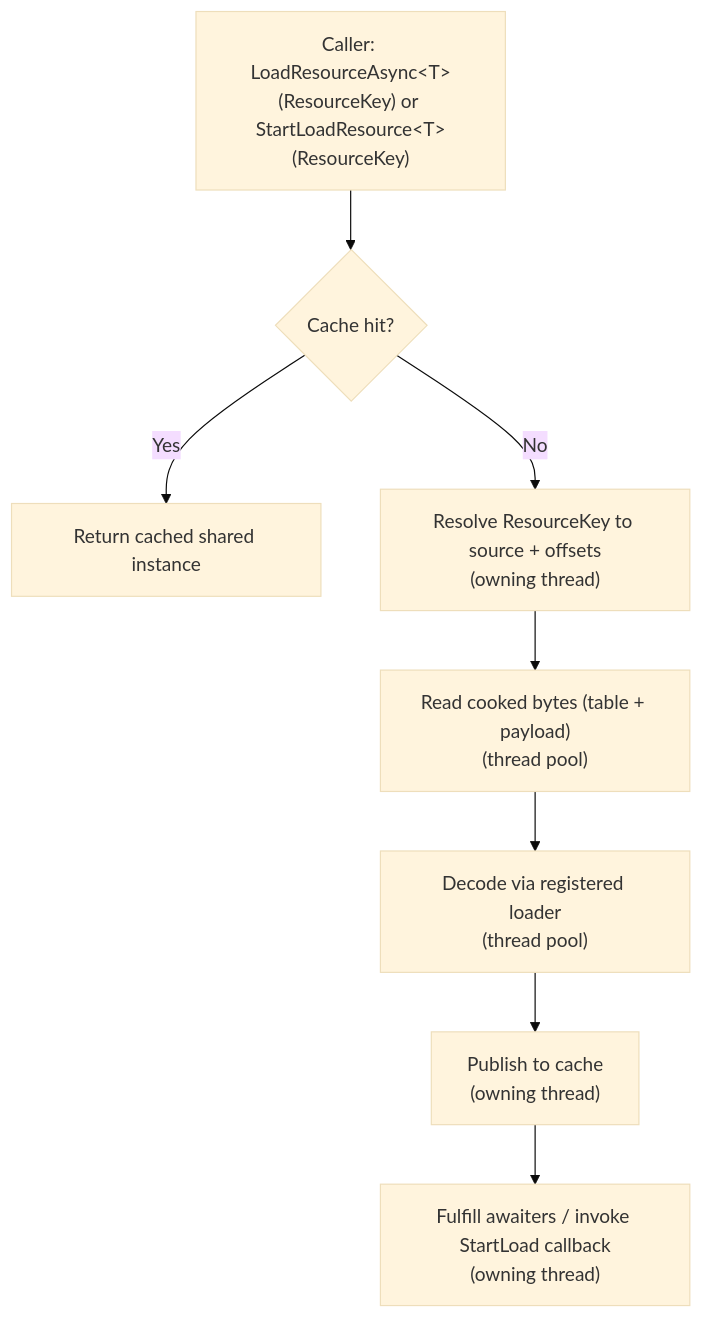
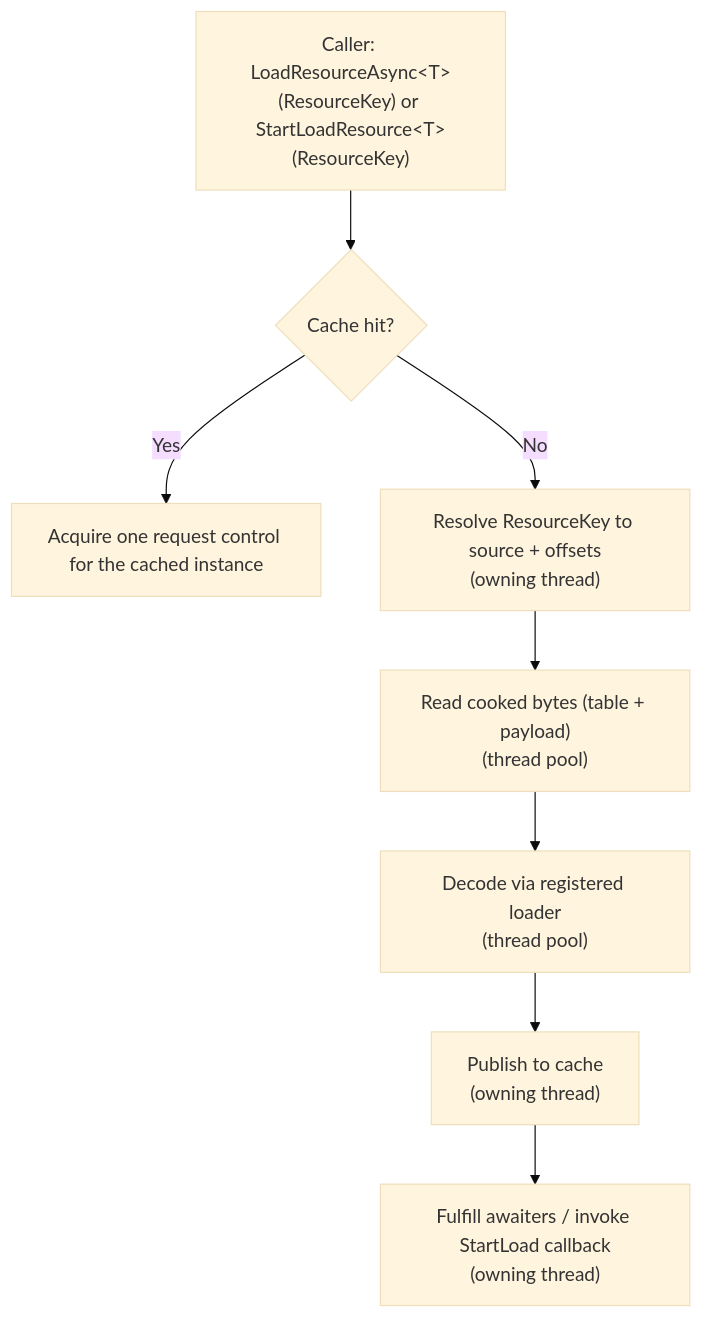
Before and after one commit to abdes/DroidNet: the second of 3 diagrams in projects/Oxygen.Engine/src/Oxygen/Content/Docs/overview.md, drawn with Mermaid (base theme). The commit also changed other lines of this file and 72 other files, not shown here.

````diff
--- a/projects/Oxygen.Engine/src/Oxygen/Content/Docs/overview.md
+++ b/projects/Oxygen.Engine/src/Oxygen/Content/Docs/overview.md
@@ -192,10 +191,10 @@
 ```mermaid
 flowchart TD
   A["Caller: LoadResourceAsync&lt;T&gt;(ResourceKey) or StartLoadResource&lt;T&gt;(ResourceKey)"] --> B{"Cache hit?"}
-  B -- Yes --> C["Return cached shared instance"]
+  B -- Yes --> C["Acquire one request control for the cached instance"]
   B -- No --> D["Resolve ResourceKey to source + offsets<br/>(owning thread)"]
   D --> E["Read cooked bytes (table + payload)<br/>(thread pool)"]
   E --> F["Decode via registered loader<br/>(thread pool)"]
   F --> G["Publish to cache<br/>(owning thread)"]
   G --> H["Fulfill awaiters / invoke StartLoad callback<br/>(owning thread)"]
 ```
````
